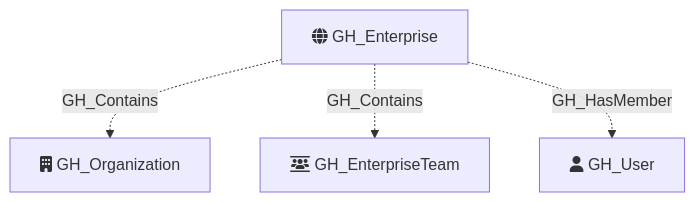
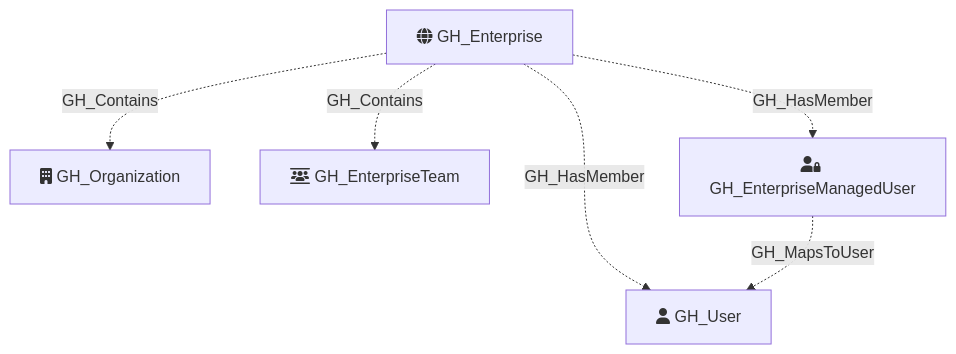
One commit to SpecterOps/GitHound changed the diagram in Documentation/NodeDescriptions/GH_Enterprise.md. Above: the diagram before and after it, drawn with Mermaid. The commit also changed other lines of this file and 7 other files, not shown here.

````diff
--- a/Documentation/NodeDescriptions/GH_Enterprise.md
+++ b/Documentation/NodeDescriptions/GH_Enterprise.md
@@ -33,11 +33,14 @@
 ```mermaid
 flowchart TD
     GH_Enterprise[fa:fa-globe GH_Enterprise]
     GH_Organization[fa:fa-building GH_Organization]
     GH_EnterpriseTeam[fa:fa-users-between-lines GH_EnterpriseTeam]
+    GH_EnterpriseManagedUser[fa:fa-user-lock GH_EnterpriseManagedUser]
     GH_User[fa:fa-user GH_User]
 
     GH_Enterprise -.->|GH_Contains| GH_Organization
     GH_Enterprise -.->|GH_Contains| GH_EnterpriseTeam
     GH_Enterprise -.->|GH_HasMember| GH_User
+    GH_Enterprise -.->|GH_HasMember| GH_EnterpriseManagedUser
+    GH_EnterpriseManagedUser -.->|GH_MapsToUser| GH_User
 ```
````
